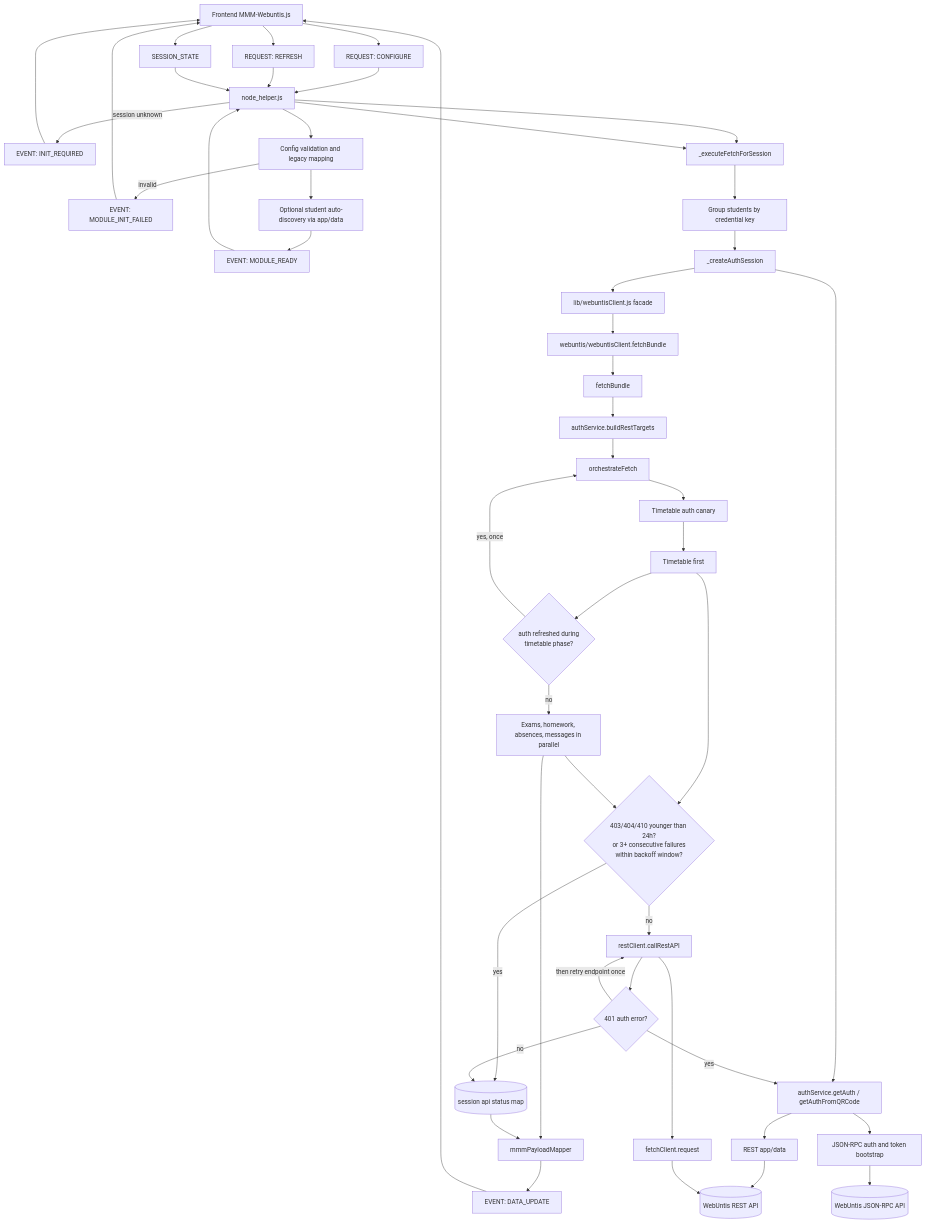
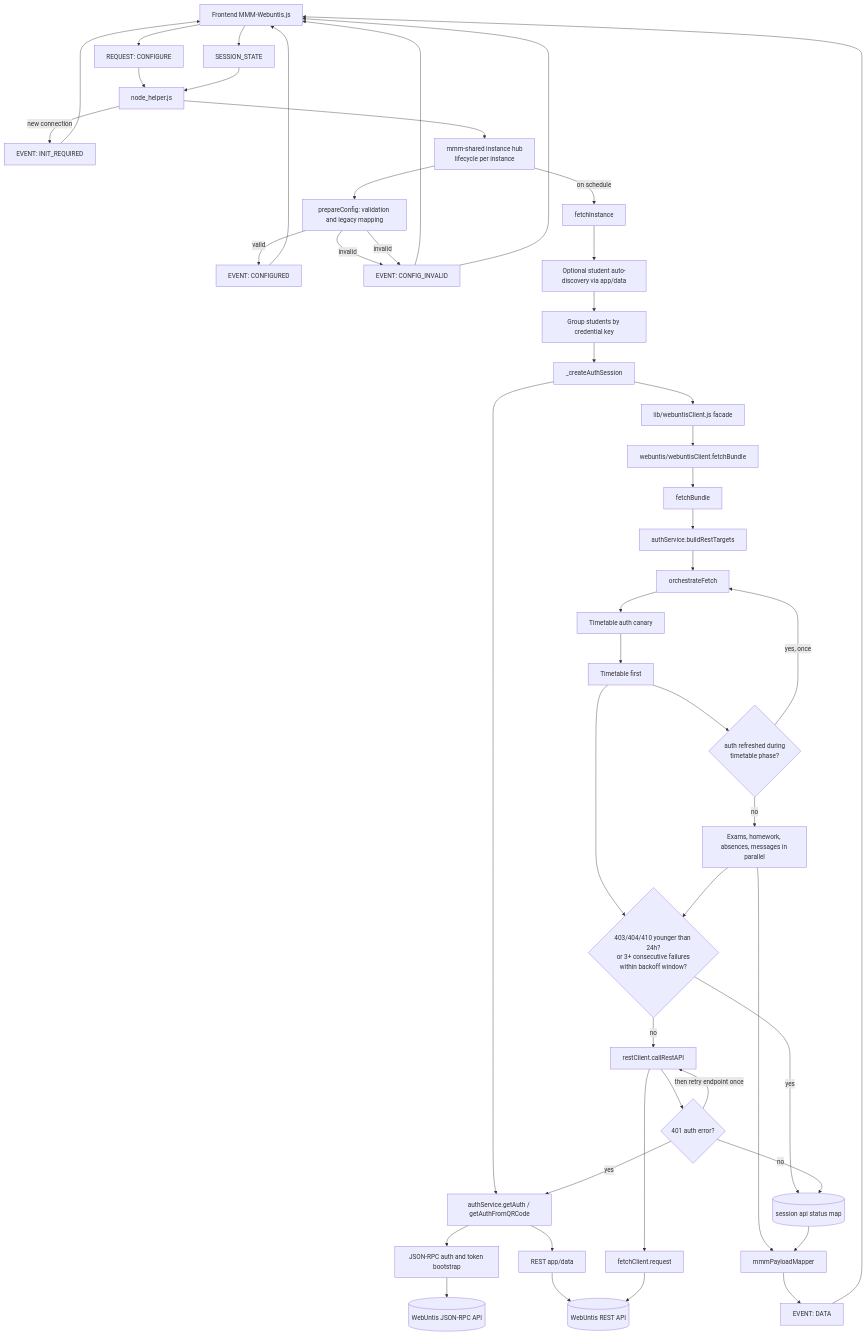
Before and after one commit to HeikoGr/MMM-Webuntis: the first of 2 diagrams in docs/SERVER_REQUEST_FLOW.md, drawn with Mermaid. The commit also changed other lines of this file and 17 other files, not shown here.

First line of the commit message:
refactor: let the backend own the fetch schedule via the mmm-shared instance hub

````diff
--- a/docs/SERVER_REQUEST_FLOW.md
+++ b/docs/SERVER_REQUEST_FLOW.md
@@ -32,79 +32,76 @@
 ```mermaid
 flowchart TD
     FE[Frontend MMM-Webuntis.js]
     NH[node_helper.js]
     INIT[REQUEST: CONFIGURE]
-    FETCH[REQUEST: REFRESH]
     STATE[SESSION_STATE]
-    MODOK[EVENT: MODULE_READY]
-    GOT[EVENT: DATA_UPDATE]
-    INITERR[EVENT: MODULE_INIT_FAILED]
+    MODOK[EVENT: CONFIGURED]
+    GOT[EVENT: DATA]
+    INITERR[EVENT: CONFIG_INVALID]
     INITREQ[EVENT: INIT_REQUIRED]
+    HUB[mmm-shared instance hub\nlifecycle per instance]
 
-    CFG[Config validation and legacy mapping]
+    CFG[prepareConfig: validation and legacy mapping]
     DISCOVER[Optional student auto-discovery via app/data]
-    EXEC[_executeFetchForSession]
+    EXEC[fetchInstance]
     GROUP[Group students by credential key]
     AUTHSESSION[_createAuthSession]
 
     FACADE[lib/webuntisClient.js facade]
     CLIENT[webuntis/webuntisClient.fetchBundle]
     BUNDLE[fetchBundle]
     TARGETS[authService.buildRestTargets]
     ORCH[orchestrateFetch]
     CANARY[Timetable auth canary]
     TTABLE[Timetable first]
     PAR[Exams, homework, absences, messages in parallel]
     MAP[mmmPayloadMapper]
 
     AUTH[authService.getAuth / getAuthFromQRCode]
     JSONRPC[JSON-RPC auth and token bootstrap]
     APPDATA[REST app/data]
     RESTCALL[restClient.callRestAPI]
     FETCHC[fetchClient.request]
 
     STATUS[(session api status map)]
     SKIP{403/404/410 younger than 24h?\nor 3+ consecutive failures\nwithin backoff window?}
     REAUTH{401 auth error?}
     RETRYORCH{auth refreshed during\ntimetable phase?}
 
     API[(WebUntis REST API)]
     RPC[(WebUntis JSON-RPC API)]
 
-    FE --> INIT --> NH --> CFG
-    CFG --> DISCOVER
-    DISCOVER --> MODOK
-    MODOK --> NH
-    NH --> EXEC
-
-    FE --> FETCH --> NH --> EXEC
-    NH -- session unknown --> INITREQ --> FE
+    FE --> INIT --> NH --> HUB --> CFG
+    CFG -- invalid --> INITERR --> FE
+    CFG -- valid --> MODOK --> FE
+    HUB -- on schedule --> EXEC
+    NH -- new connection --> INITREQ --> FE
     FE --> STATE --> NH
 
-    EXEC --> GROUP --> AUTHSESSION --> FACADE
+    EXEC --> DISCOVER --> GROUP --> AUTHSESSION --> FACADE
     FACADE --> CLIENT
     CLIENT --> BUNDLE --> TARGETS --> ORCH
 
     ORCH --> CANARY
     CANARY --> TTABLE
     TTABLE --> RETRYORCH
     RETRYORCH -- yes, once --> ORCH
     RETRYORCH -- no --> PAR
     PAR --> MAP --> GOT --> FE
 
     AUTHSESSION --> AUTH
     AUTH --> JSONRPC --> RPC
     AUTH --> APPDATA --> API
 
     TTABLE --> SKIP
     PAR --> SKIP
     SKIP -- yes --> STATUS
     SKIP -- no --> RESTCALL --> FETCHC --> API
     RESTCALL --> REAUTH
     REAUTH -- yes --> AUTH
     REAUTH -- then retry endpoint once --> RESTCALL
     REAUTH -- no --> STATUS
     STATUS --> MAP
 
     CFG -- invalid --> INITERR --> FE
 ```
````
